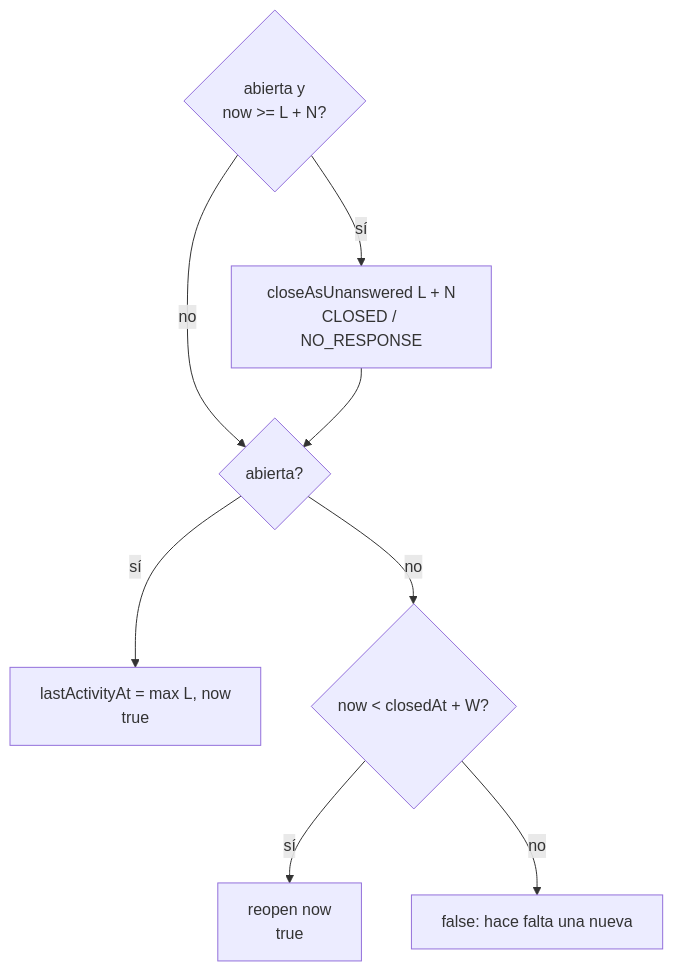
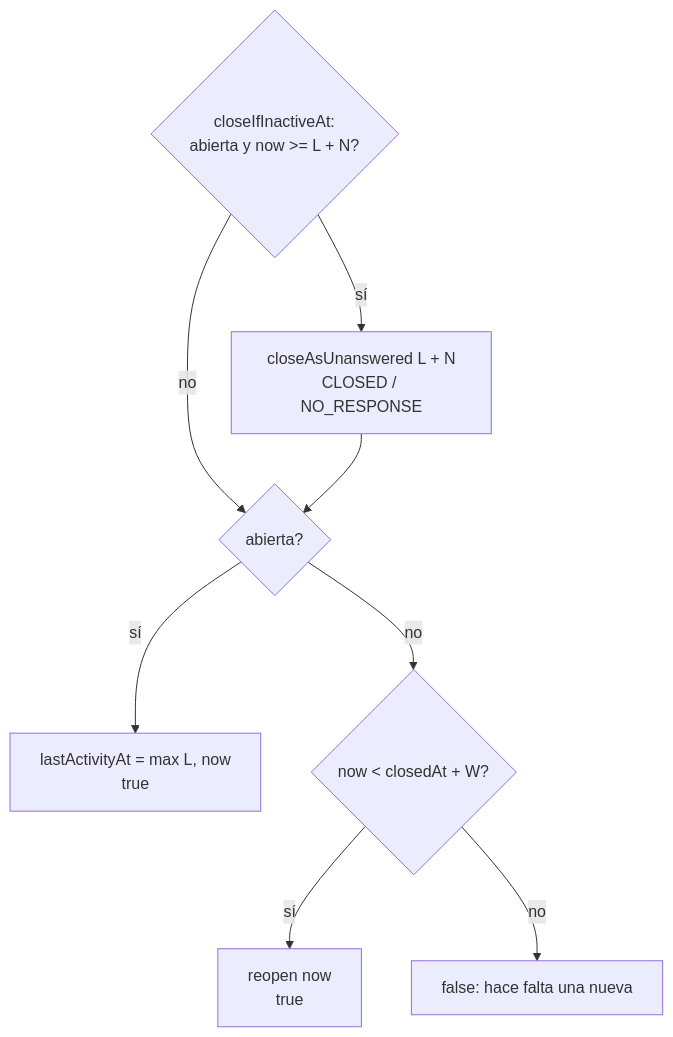
The second of 7 diagrams in docs/oportunidades.md (zapmaxvevo/communicator-one), drawn with Mermaid before and after one commit. The commit also changed other lines of this file and 18 other files, not shown here.

````diff
--- a/docs/oportunidades.md
+++ b/docs/oportunidades.md
@@ -169,10 +182,10 @@
 ```mermaid
 flowchart TD
-    O{abierta y<br/>now >= L + N?} -->|sí| C[closeAsUnanswered L + N<br/>CLOSED / NO_RESPONSE]
+    O{closeIfInactiveAt:<br/>abierta y now >= L + N?} -->|sí| C[closeAsUnanswered L + N<br/>CLOSED / NO_RESPONSE]
     O -->|no| O2
     C --> O2{abierta?}
     O2 -->|sí| CONT[lastActivityAt = max L, now<br/>true]
     O2 -->|no| W{now < closedAt + W?}
     W -->|sí| RE[reopen now<br/>true]
     W -->|no| NO[false: hace falta una nueva]
 ```
````
